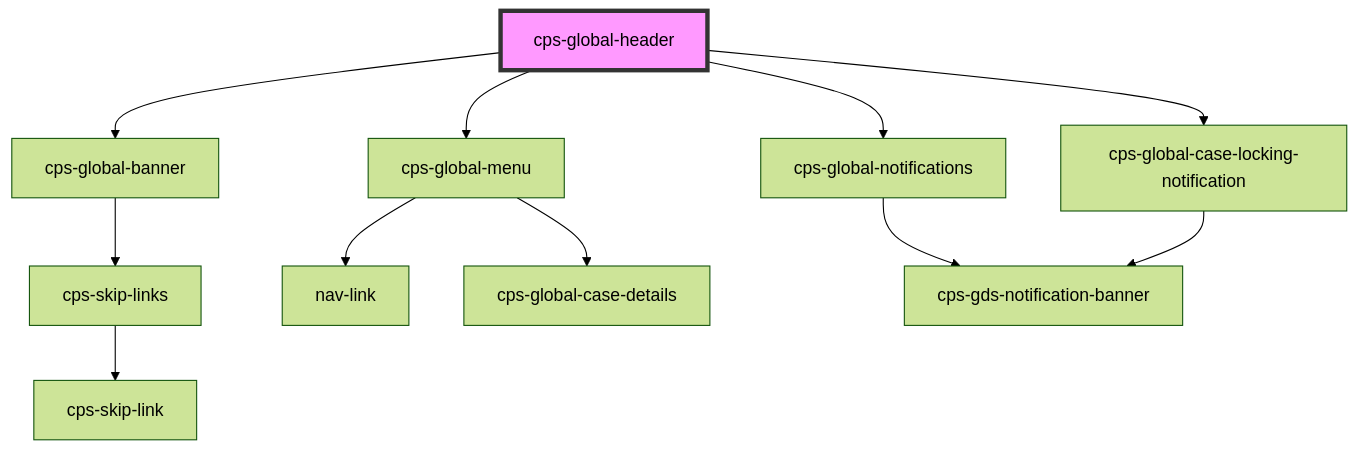
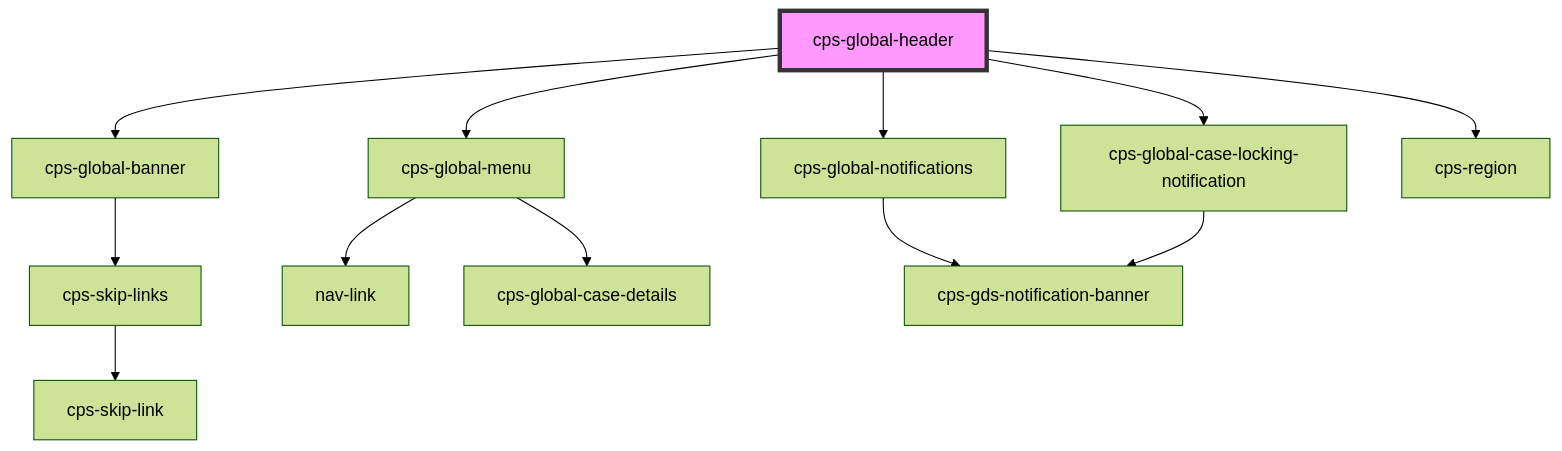
One commit to CPS-Innovation/global-components changed the diagram in packages/cps-global-components/src/components/cps-global-header/readme.md. Above: the diagram before and after it, drawn with Mermaid (forest theme). The commit also changed other lines of this file and 9 other files, not shown here.

````diff
--- a/packages/cps-global-components/src/components/cps-global-header/readme.md
+++ b/packages/cps-global-components/src/components/cps-global-header/readme.md
@@ -25,14 +26,15 @@
 ```mermaid
 graph TD;
   cps-global-header --> cps-global-banner
   cps-global-header --> cps-global-menu
   cps-global-header --> cps-global-notifications
   cps-global-header --> cps-global-case-locking-notification
+  cps-global-header --> cps-region
   cps-global-banner --> cps-skip-links
   cps-skip-links --> cps-skip-link
   cps-global-menu --> nav-link
   cps-global-menu --> cps-global-case-details
   cps-global-notifications --> cps-gds-notification-banner
   cps-global-case-locking-notification --> cps-gds-notification-banner
   style cps-global-header fill:#f9f,stroke:#333,stroke-width:4px
 ```
````
